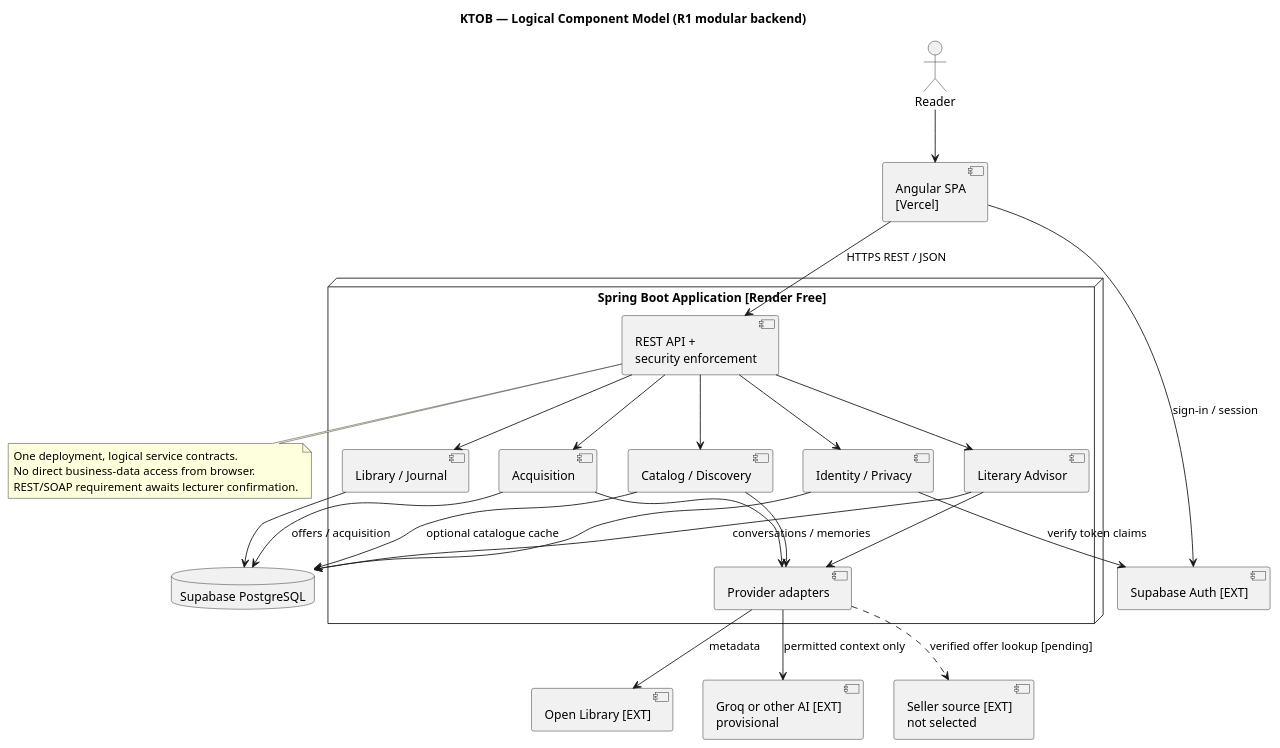
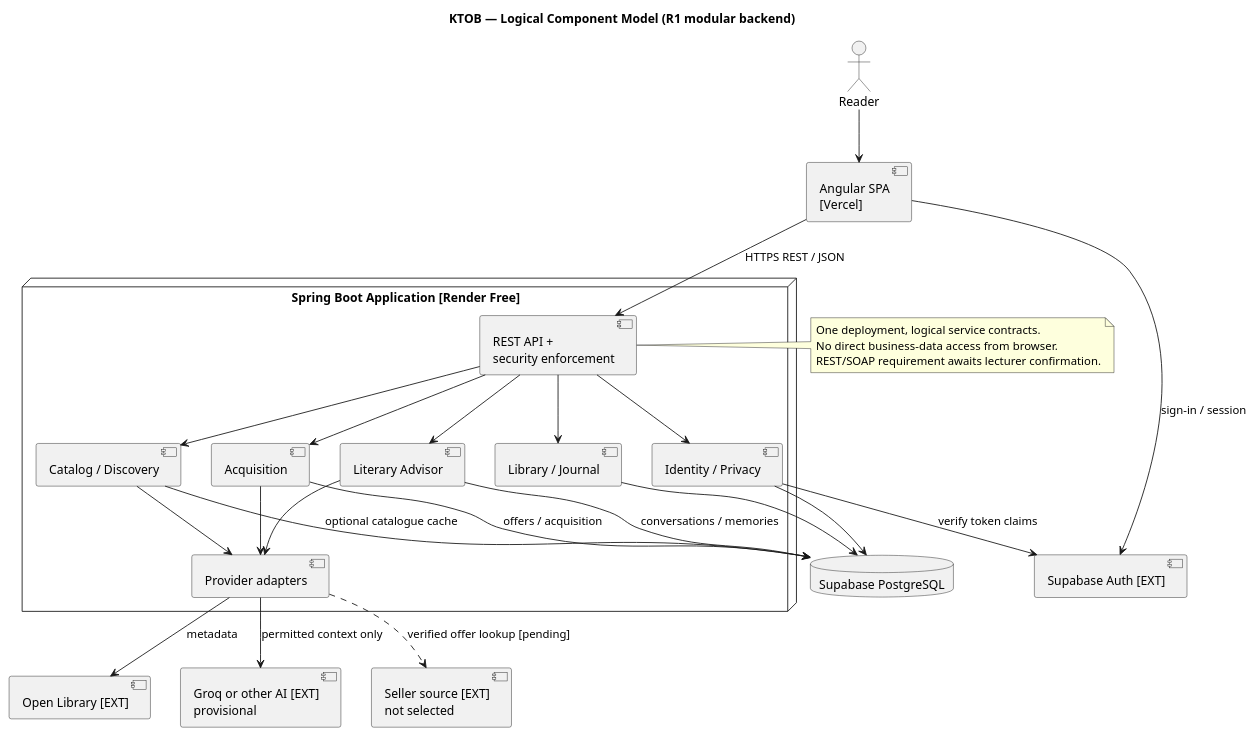
The diagram in docs/uml/04-components.puml (Adam-BArbia/ktob-literary-companion), drawn with PlantUML before and after one commit. The commit also changed 4 other files, not shown here.

Commit message:
docs(uml): repair PlantUML syntax and add rendering validation workflow

```diff
--- a/docs/uml/04-components.puml
+++ b/docs/uml/04-components.puml
@@ -1,45 +1,45 @@
 @startuml
 title KTOB — Logical Component Model (R1 modular backend)
 skinparam componentStyle uml2
+component "Angular SPA\n[Vercel]" as Web
 actor Reader
-component "Angular SPA\n[Vercel]" as Web
 node "Spring Boot Application [Render Free]" {
   component "REST API +\nsecurity enforcement" as API
   component "Identity / Privacy" as Identity
   component "Library / Journal" as Library
   component "Catalog / Discovery" as Catalog
   component "Literary Advisor" as Advisor
   component "Acquisition" as Acquire
   component "Provider adapters" as Adapters
 }
 database "Supabase PostgreSQL" as DB
 component "Supabase Auth [EXT]" as Auth
 component "Open Library [EXT]" as Open
 component "Groq or other AI [EXT]\nprovisional" as AI
 component "Seller source [EXT]\nnot selected" as Sellers
 Reader --> Web
 Web --> API : HTTPS REST / JSON
 Web --> Auth : sign-in / session
 API --> Identity
 API --> Library
 API --> Catalog
 API --> Advisor
 API --> Acquire
 Identity --> Auth : verify token claims
 Identity --> DB
 Library --> DB
 Catalog --> DB : optional catalogue cache
 Advisor --> DB : conversations / memories
 Acquire --> DB : offers / acquisition
 Catalog --> Adapters
 Advisor --> Adapters
 Acquire --> Adapters
 Adapters --> Open : metadata
 Adapters --> AI : permitted context only
 Adapters ..> Sellers : verified offer lookup [pending]
-note bottom of API
+note right of API
 One deployment, logical service contracts.
 No direct business-data access from browser.
 REST/SOAP requirement awaits lecturer confirmation.
 end note
 @enduml
```
